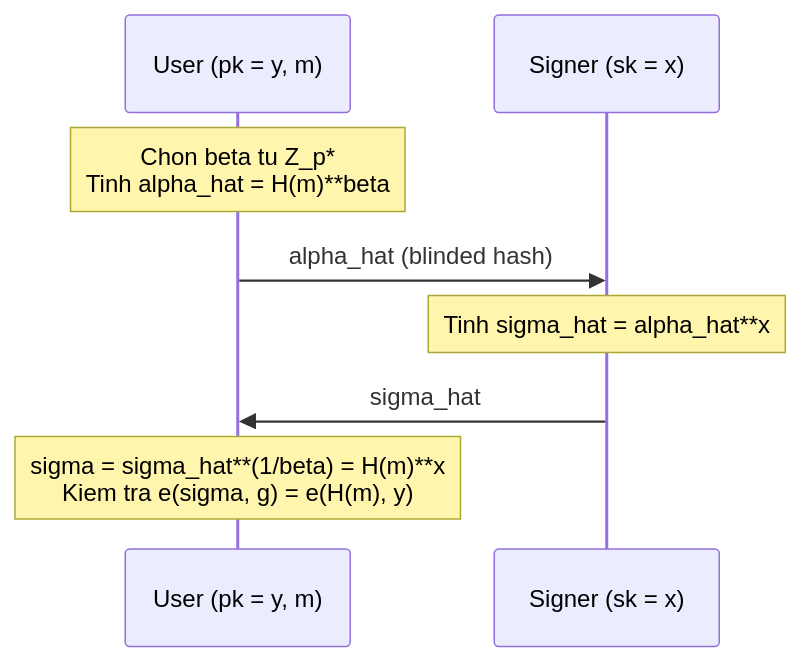
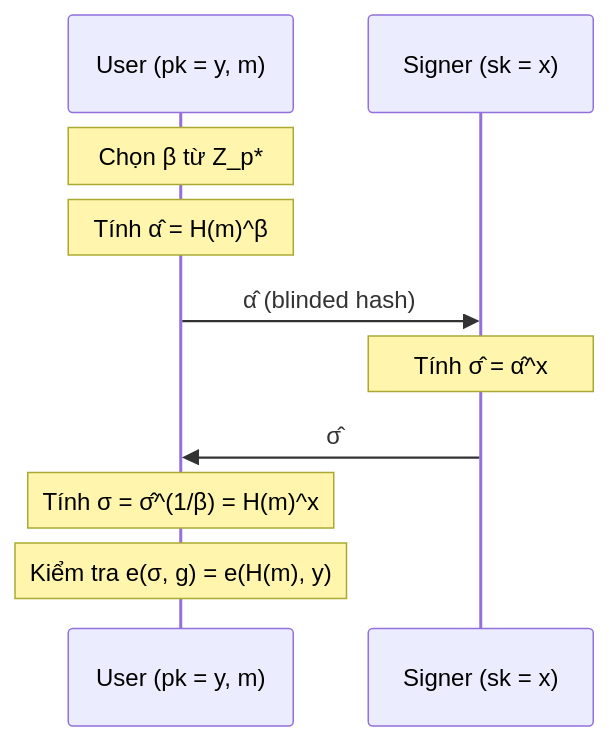
Before and after one commit to nhatminh65537/kitsu-quartz: the diagram in content/reference/crypto/blind-signatures/07-blind-bls-boldyreva.md, drawn with Mermaid. The commit also changed other lines of this file and 107 other files, not shown here.

````diff
--- a/content/reference/crypto/blind-signatures/07-blind-bls-boldyreva.md
+++ b/content/reference/crypto/blind-signatures/07-blind-bls-boldyreva.md
@@ -103,10 +103,17 @@
 ```mermaid
 sequenceDiagram
     participant U as User (pk = y, m)
     participant S as Signer (sk = x)
-    Note over U: Chon beta tu Z_p*<br>Tinh alpha_hat = H(m)**beta
-    U->>S: alpha_hat (blinded hash)
-    Note over S: Tinh sigma_hat = alpha_hat**x
-    S->>U: sigma_hat
-    Note over U: sigma = sigma_hat**(1/beta) = H(m)**x<br>Kiem tra e(sigma, g) = e(H(m), y)
+
+    Note over U: Chọn β từ Z_p*
+    Note over U: Tính α̂ = H(m)^β
+
+    U->>S: α̂ (blinded hash)
+
+    Note over S: Tính σ̂ = α̂^x
+
+    S->>U: σ̂
+
+    Note over U: Tính σ = σ̂^(1/β) = H(m)^x
+    Note over U: Kiểm tra e(σ, g) = e(H(m), y)
 ```
````
